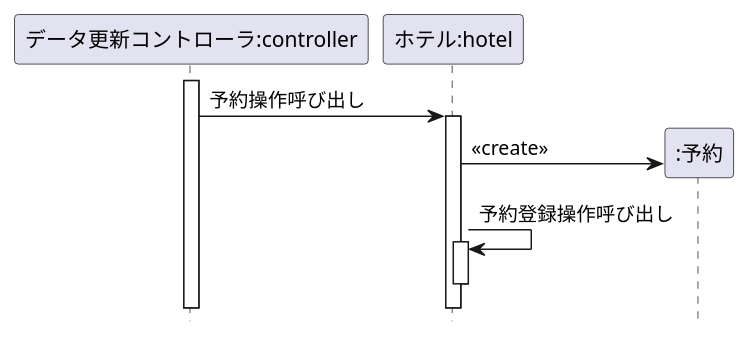
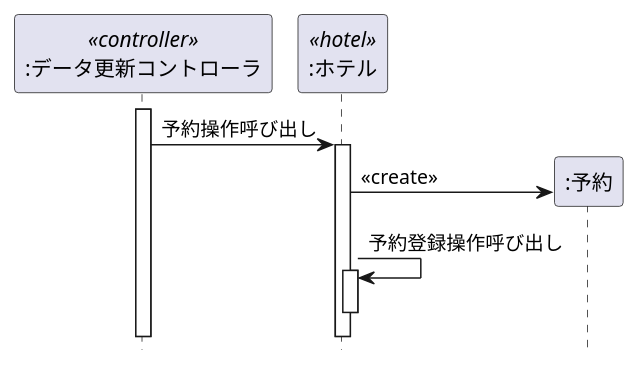
The diagram in 演習4-3_SD_データ更新コントローラとホテルと予約.pu (itouayumu/uml-introduction-), drawn with PlantUML before and after one commit.

Commit message:
修正

```diff
--- a/演習4-3_SD_データ更新コントローラとホテルと予約.pu
+++ b/演習4-3_SD_データ更新コントローラとホテルと予約.pu
@@ -1,17 +1,17 @@
 @startuml
 hide footbox
-participant "データ更新コントローラ:controller" as a1
-participant "ホテル:hotel" as a2
+participant ":データ更新コントローラ" as a1<<controller>>
+participant ":ホテル" as a2<<hotel>>
 participant ":予約" as a3
 activate a1
 a1->a2:予約操作呼び出し
 activate a2
 create a3
 a2->a3:<<create>>
 
 
 a2->a2:予約登録操作呼び出し
 activate a2
 deactivate a2
 
 @enduml
```
